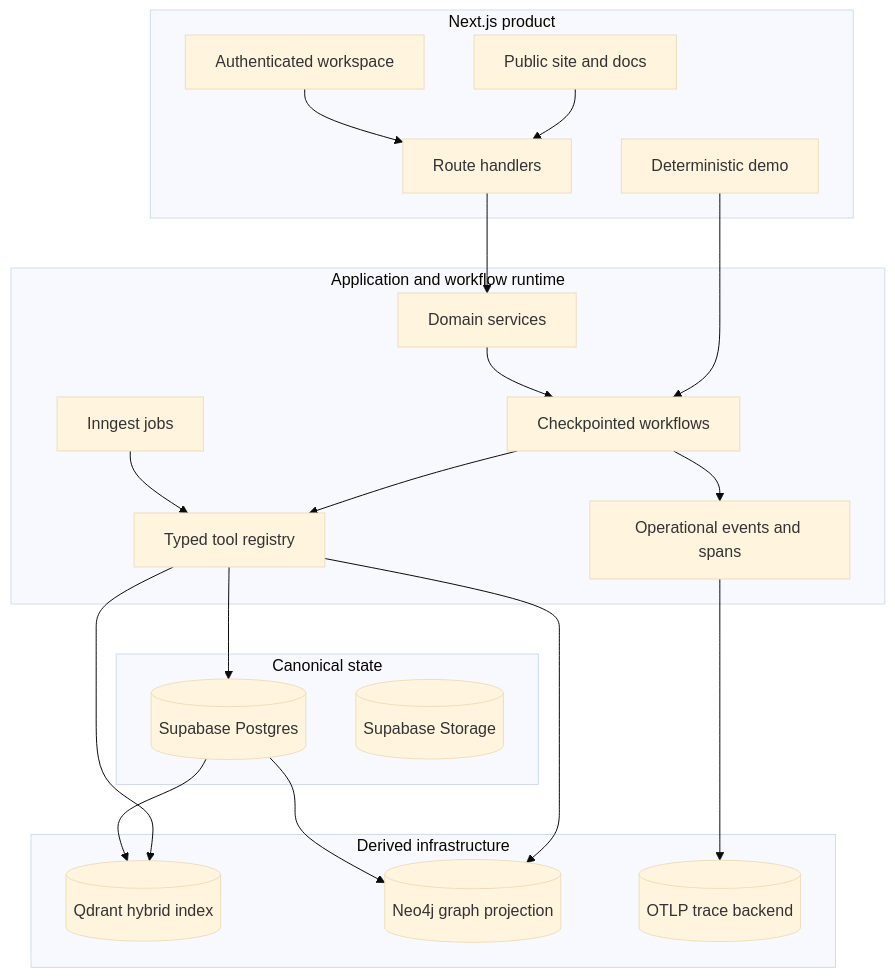
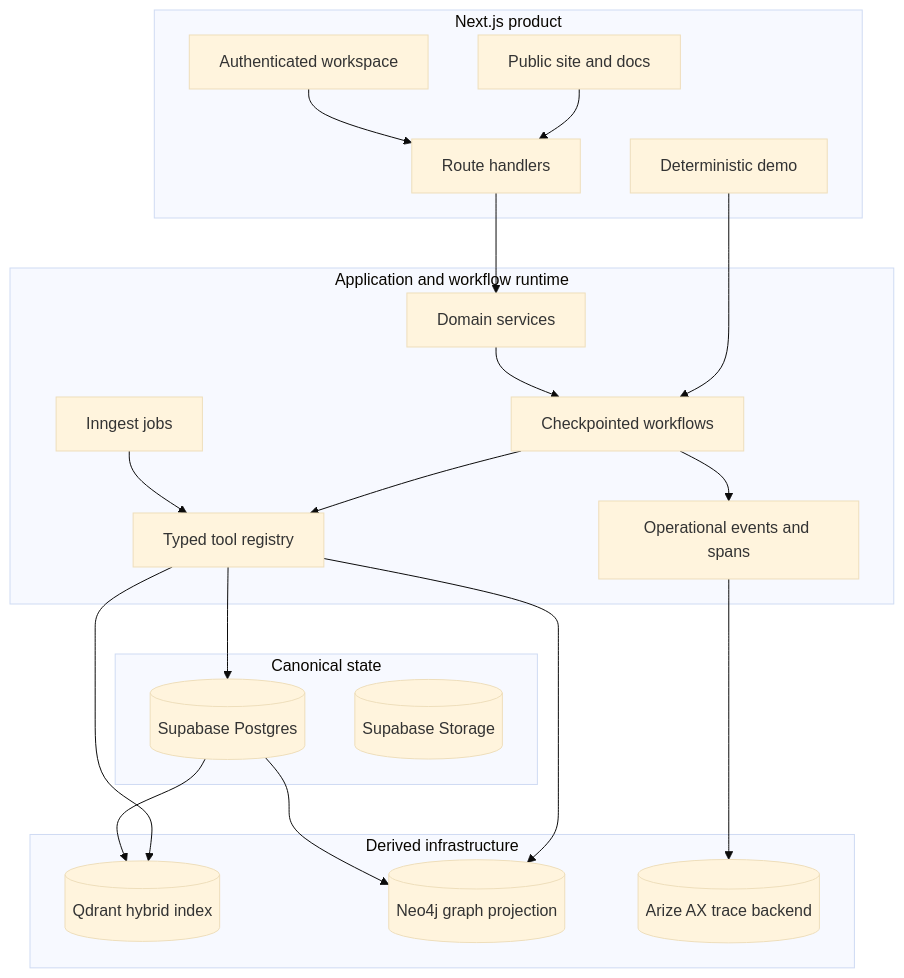
The second of 4 diagrams in README.md (Dhruvg334/Tessarion), drawn with Mermaid (base theme) before and after one commit. The commit also changed other lines of this file and 11 other files, not shown here.

````diff
--- a/README.md
+++ b/README.md
@@ -87,43 +87,43 @@
 ```mermaid
 flowchart TB
     subgraph Product[Next.js product]
       Public[Public site and docs]
       Demo[Deterministic demo]
       Workspace[Authenticated workspace]
       API[Route handlers]
     end
 
     subgraph Runtime[Application and workflow runtime]
       Services[Domain services]
       Workflows[Checkpointed workflows]
       Tools[Typed tool registry]
       Jobs[Inngest jobs]
       Traces[Operational events and spans]
     end
 
     subgraph Canonical[Canonical state]
       Postgres[(Supabase Postgres)]
       Storage[(Supabase Storage)]
     end
 
     subgraph Derived[Derived infrastructure]
       Qdrant[(Qdrant hybrid index)]
       Neo4j[(Neo4j graph projection)]
-      Phoenix[(OTLP trace backend)]
+      Arize[(Arize AX trace backend)]
     end
 
     Public --> API
     Demo --> Workflows
     Workspace --> API
     API --> Services
     Services --> Workflows
     Workflows --> Tools
     Workflows --> Traces
     Jobs --> Tools
     Tools --> Postgres
     Tools --> Qdrant
     Tools --> Neo4j
     Postgres --> Qdrant
     Postgres --> Neo4j
-    Traces --> Phoenix
+    Traces --> Arize
 ```
````
